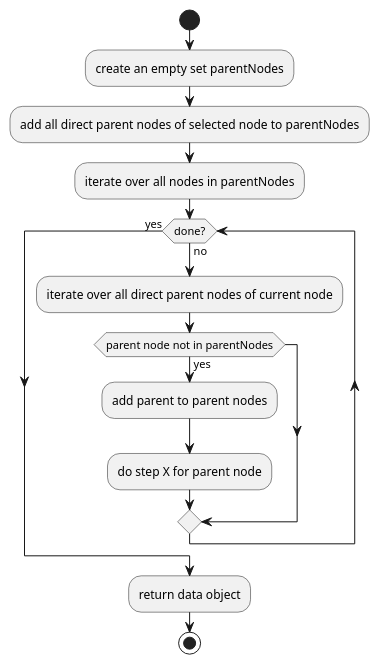
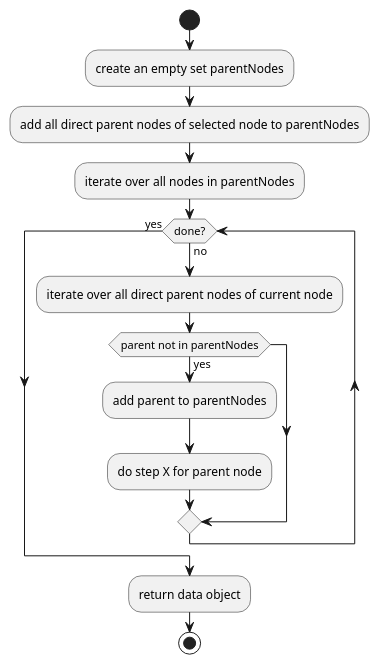
Before and after one commit to antonroesler/application-landscape-visualizer: the diagram in diagrams/activity/findAllPredecessors.puml, drawn with PlantUML. The commit also changed 3 other files, not shown here.

Commit message:
Added save diagram

```diff
--- a/diagrams/activity/findAllPredecessors.puml
+++ b/diagrams/activity/findAllPredecessors.puml
@@ -1,15 +1,15 @@
 @startuml
 start
 :create an empty set parentNodes;
 :add all direct parent nodes of selected node to parentNodes;
 :iterate over all nodes in parentNodes;
 while (done?) is (no)
   :iterate over all direct parent nodes of current node;
-  if (parent node not in parentNodes) then (yes)
-    :add parent to parent nodes;
+  if (parent not in parentNodes) then (yes)
+    :add parent to parentNodes;
     :do step X for parent node;
   endif
 endwhile (yes)
 :return data object;
 stop
 @enduml
```
